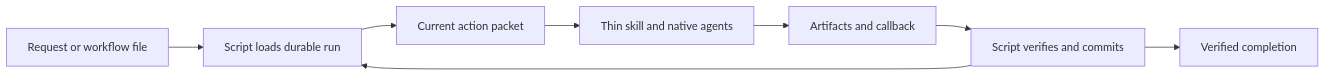
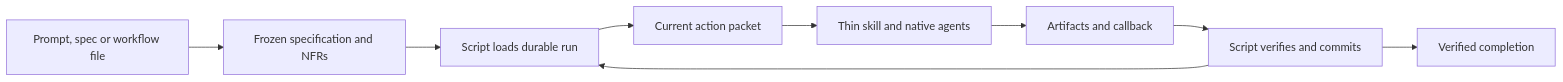
The diagram in docs/ARCHITECTURE.md (whichguy/workflow-engine), drawn with Mermaid before and after one commit. The commit also changed other lines of this file and 49 other files, not shown here.

Commit message:
Require frozen specifications and atomic requirement-linked workflow steps

````diff
--- a/docs/ARCHITECTURE.md
+++ b/docs/ARCHITECTURE.md
@@ -3,10 +3,11 @@
 ```mermaid
 flowchart LR
-  A[Request or workflow file] --> B[Script loads durable run]
+  A[Prompt, spec or workflow file] --> S[Frozen specification and NFRs]
+  S --> B[Script loads durable run]
   B --> C[Current action packet]
   C --> D[Thin skill and native agents]
   D --> E[Artifacts and callback]
   E --> F[Script verifies and commits]
   F --> B
   F --> G[Verified completion]
 ```
````
